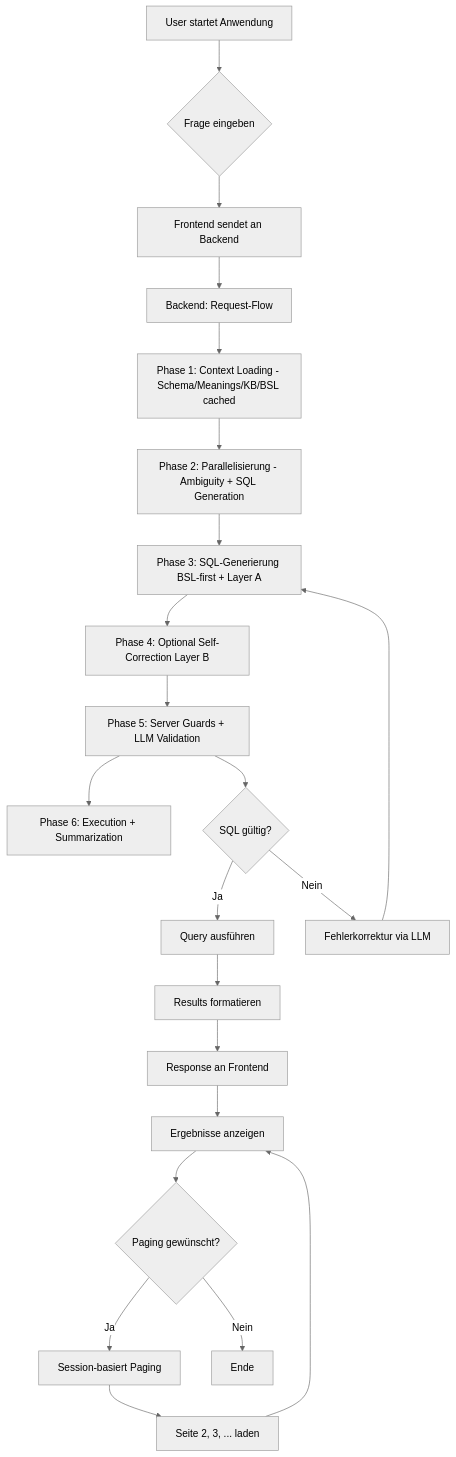
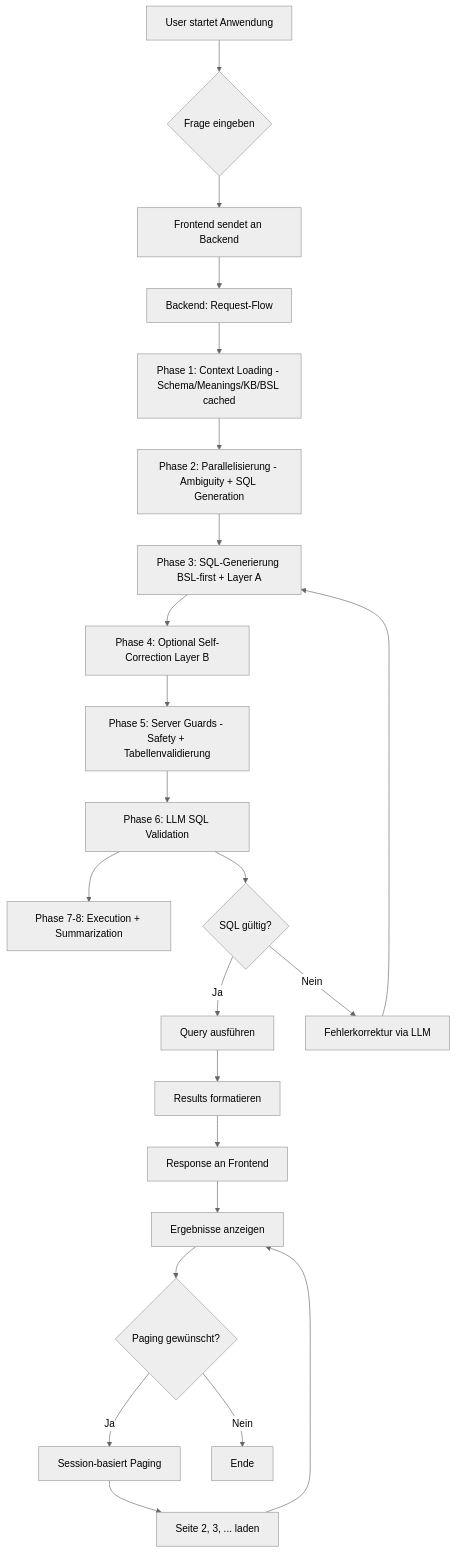
The third of 5 diagrams in docs/PROJEKT_ABGABE.md (JoelRai07/Projekt-Vetter-SQL), drawn with Mermaid (neutral theme) before and after one commit. The commit also changed other lines of this file and 4 other files, not shown here.

````diff
--- a/docs/PROJEKT_ABGABE.md
+++ b/docs/PROJEKT_ABGABE.md
@@ -191,29 +191,30 @@
 ```mermaid
 flowchart TD
     A[User startet Anwendung] --> B{Frage eingeben}
     B --> C[Frontend sendet an Backend]
     C --> D[Backend: Request-Flow]
 
     D --> E[Phase 1: Context Loading - Schema/Meanings/KB/BSL cached]
     E --> F[Phase 2: Parallelisierung - Ambiguity + SQL Generation]
     F --> G[Phase 3: SQL-Generierung BSL-first + Layer A]
     G --> H[Phase 4: Optional Self-Correction Layer B]
-    H --> I[Phase 5: Server Guards + LLM Validation]
-    I --> J[Phase 6: Execution + Summarization]
+    H --> I[Phase 5: Server Guards - Safety + Tabellenvalidierung]
+    I --> I2[Phase 6: LLM SQL Validation]
+    I2 --> J[Phase 7-8: Execution + Summarization]
 
-    I --> K{SQL gültig?}
+    I2 --> K{SQL gültig?}
     K -->|Ja| L[Query ausführen]
     K -->|Nein| M[Fehlerkorrektur via LLM]
     M --> G
 
     L --> N[Results formatieren]
     N --> O[Response an Frontend]
     O --> P[Ergebnisse anzeigen]
 
     P --> Q{Paging gewünscht?}
     Q -->|Ja| R[Session-basiert Paging]
     Q -->|Nein| S[Ende]
 
     R --> T[Seite 2, 3, ... laden]
     T --> P
 ```
````
